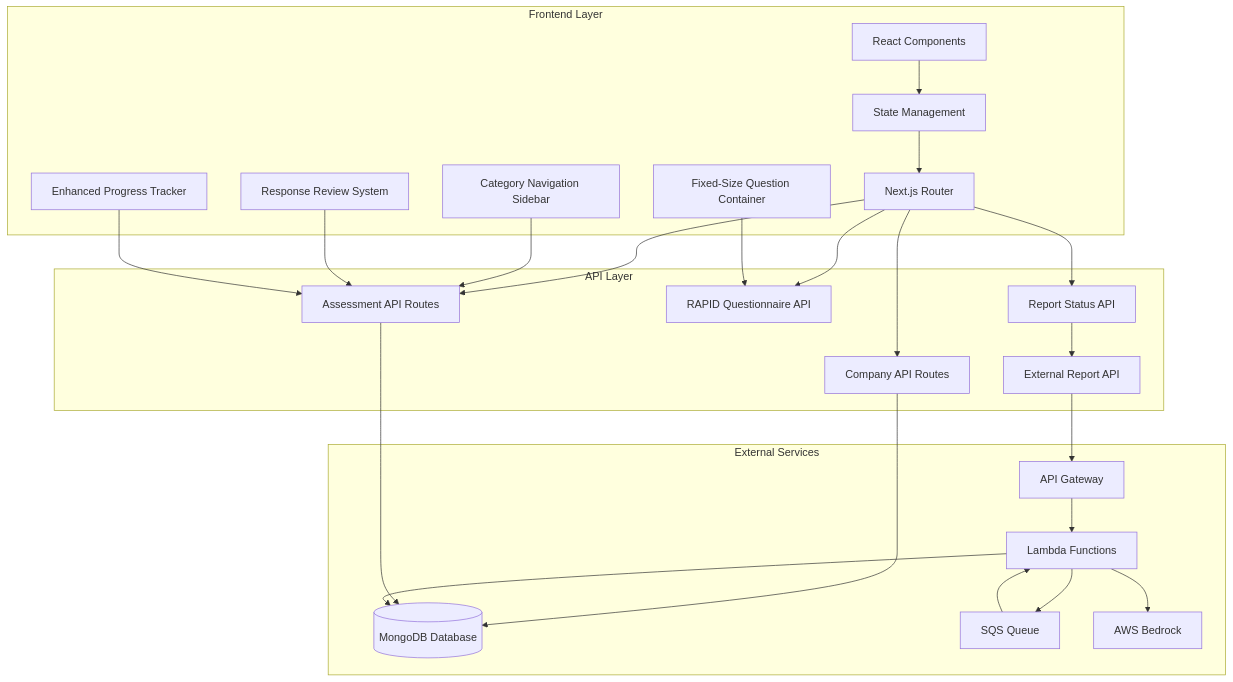
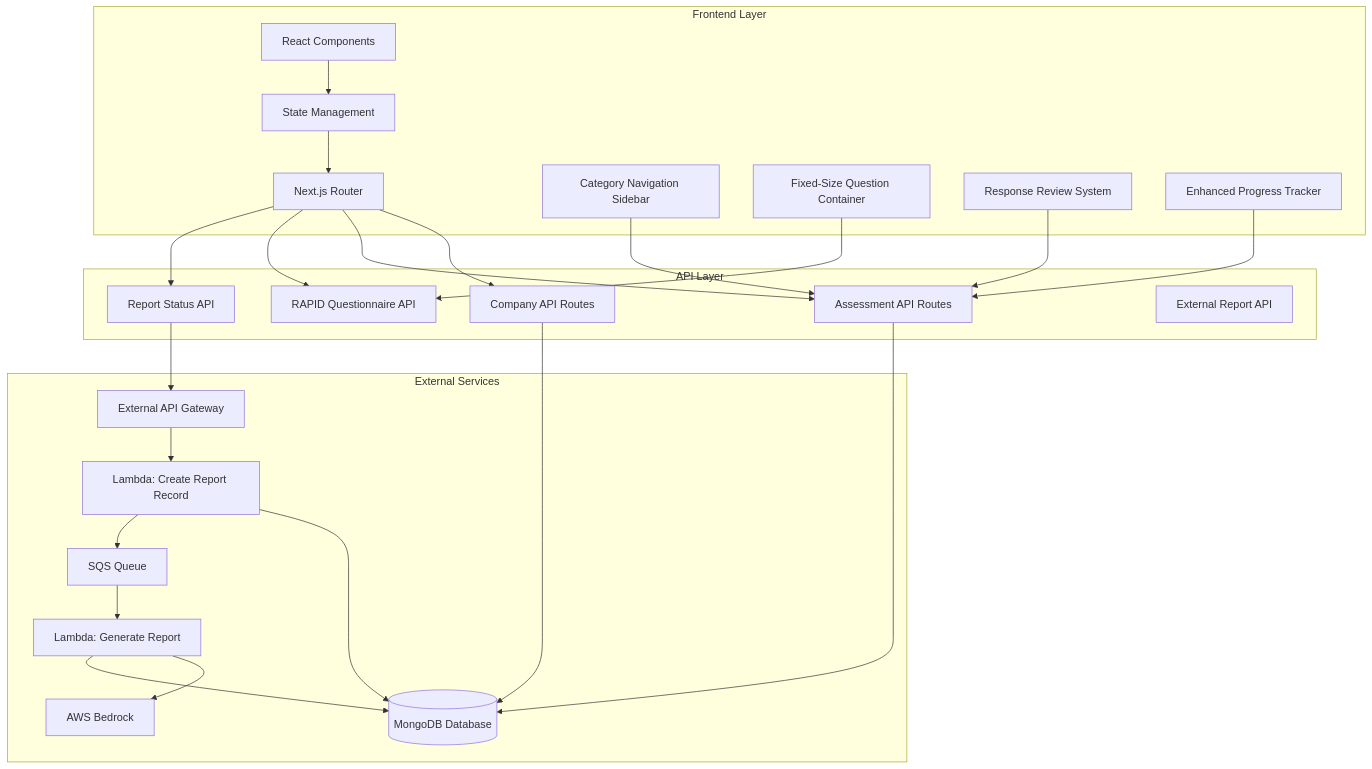
One commit to NexusLab-Technology/ai_assessment changed the first of 2 diagrams in .kiro/specs/ai-assessment/design.md. Above: the diagram before and after it, drawn with Mermaid. The commit also changed other lines of this file and 21 other files, not shown here.

````diff
--- a/.kiro/specs/ai-assessment/design.md
+++ b/.kiro/specs/ai-assessment/design.md
@@ -33,51 +33,52 @@
 ```mermaid
 graph TB
     subgraph "Frontend Layer"
         UI[React Components]
         State[State Management]
         Router[Next.js Router]
         CategoryNav[Category Navigation Sidebar]
         FixedQuestionContainer[Fixed-Size Question Container]
         ReviewSystem[Response Review System]
         ProgressTracker[Enhanced Progress Tracker]
     end
     
     subgraph "API Layer"
         CompanyAPI[Company API Routes]
         AssessmentAPI[Assessment API Routes]
         QuestionnaireAPI[RAPID Questionnaire API]
         ReportAPI[Report Status API]
         ExternalAPI[External Report API]
     end
     
     subgraph "External Services"
         MongoDB[(MongoDB Database)]
-        APIGateway[API Gateway]
-        Lambda[Lambda Functions]
-        SQS[SQS Queue]
+        ExternalAPIGateway[External API Gateway]
+        Lambda1[Lambda: Create Report Record]
+        SQSQueue[SQS Queue]
+        Lambda2[Lambda: Generate Report]
         Bedrock[AWS Bedrock]
     end
     
     UI --> State
     State --> Router
     Router --> CompanyAPI
     Router --> AssessmentAPI
     Router --> QuestionnaireAPI
     Router --> ReportAPI
     
     CategoryNav --> AssessmentAPI
     FixedQuestionContainer --> QuestionnaireAPI
     ReviewSystem --> AssessmentAPI
     ProgressTracker --> AssessmentAPI
     
     CompanyAPI --> MongoDB
     AssessmentAPI --> MongoDB
-    ReportAPI --> ExternalAPI
+    ReportAPI --> ExternalAPIGateway
     
-    ExternalAPI --> APIGateway
-    APIGateway --> Lambda
-    Lambda --> MongoDB
-    Lambda --> SQS
-    SQS --> Lambda
-    Lambda --> Bedrock
+    ExternalAPIGateway --> Lambda1
+    Lambda1 --> MongoDB
+    Lambda1 --> SQSQueue
+    SQSQueue --> Lambda2
+    Lambda2 --> Bedrock
+    Lambda2 --> MongoDB
 ```
````
